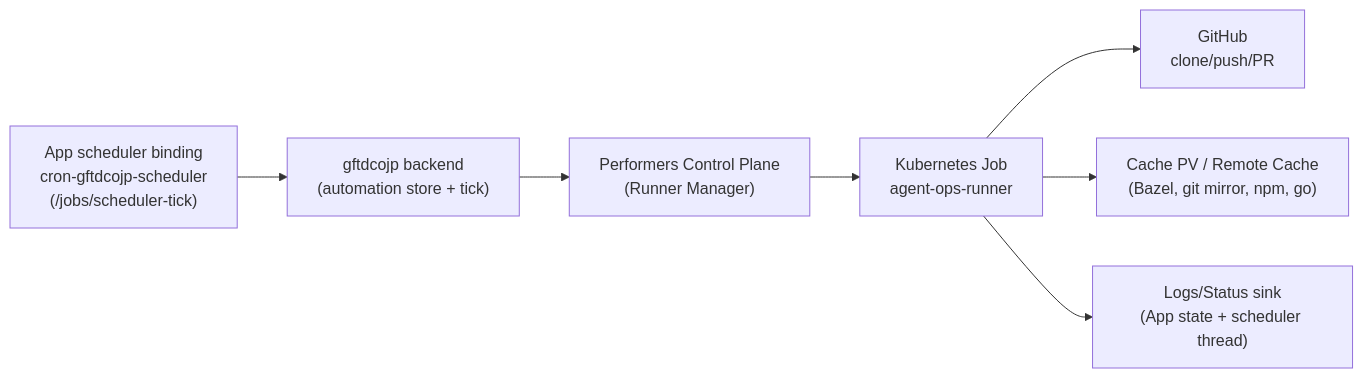
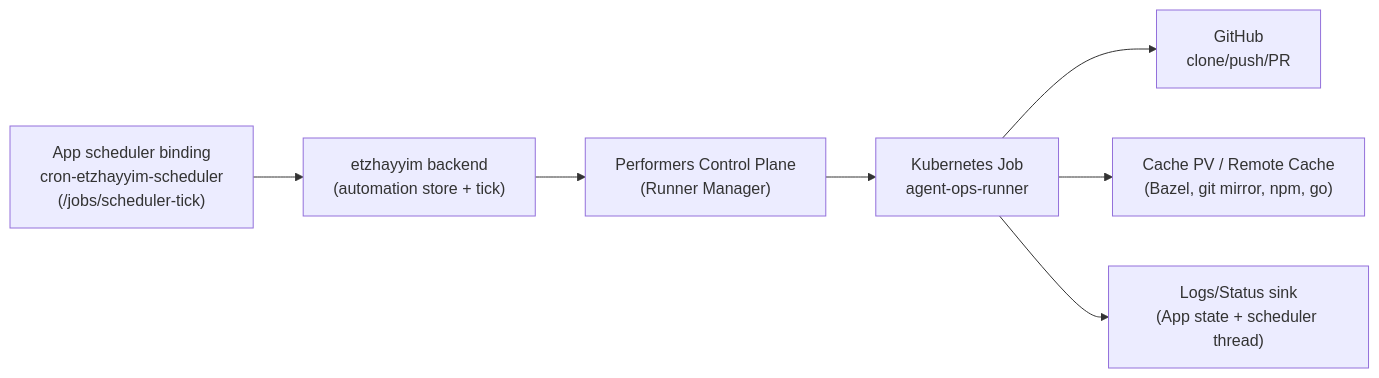
The diagram in 60-apps/ai-gftd-project-os/docs/agent-ops-runner-k8s-design.md (etzhayyim/root), drawn with Mermaid before and after one commit. The commit also changed other lines of this file and 27778 other files, not shown here.

First line of the commit message:
chore(migration): complete gftdcojp → etzhayyim cutover

````diff
--- a/60-apps/ai-gftd-project-os/docs/agent-ops-runner-k8s-design.md
+++ b/60-apps/ai-gftd-project-os/docs/agent-ops-runner-k8s-design.md
@@ -19,9 +19,9 @@
 ```mermaid
 flowchart LR
-  A["App scheduler binding\ncron-gftdcojp-scheduler\n(/jobs/scheduler-tick)"] --> B["gftdcojp backend\n(automation store + tick)"]
+  A["App scheduler binding\ncron-etzhayyim-scheduler\n(/jobs/scheduler-tick)"] --> B["etzhayyim backend\n(automation store + tick)"]
   B --> C["Performers Control Plane\n(Runner Manager)"]
   C --> D["Kubernetes Job\nagent-ops-runner"]
   D --> E["GitHub\nclone/push/PR"]
   D --> F["Cache PV / Remote Cache\n(Bazel, git mirror, npm, go)"]
   D --> G["Logs/Status sink\n(App state + scheduler thread)"]
 ```
````
